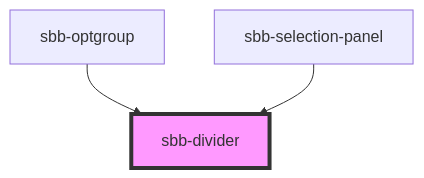
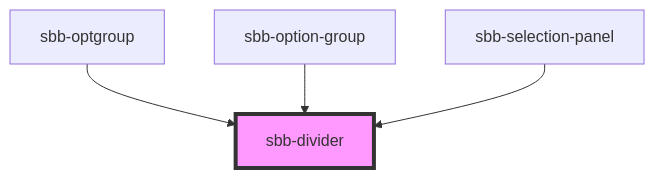
The diagram in src/components/sbb-divider/readme.md (sbb-design-systems/lyne-components), drawn with Mermaid before and after one commit. The commit also changed other lines of this file and 3 other files, not shown here.

````diff
--- a/src/components/sbb-divider/readme.md
+++ b/src/components/sbb-divider/readme.md
@@ -25,6 +26,7 @@
 ```mermaid
 graph TD;
   sbb-optgroup --> sbb-divider
+  sbb-option-group --> sbb-divider
   sbb-selection-panel --> sbb-divider
   style sbb-divider fill:#f9f,stroke:#333,stroke-width:4px
 ```
````
